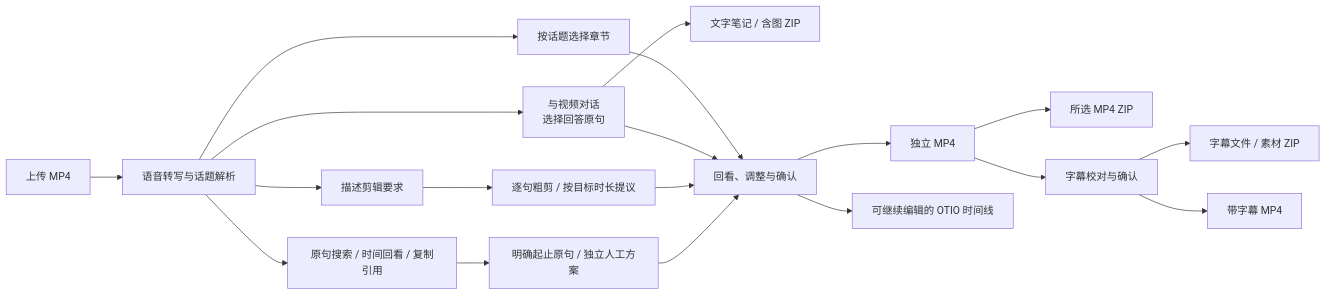
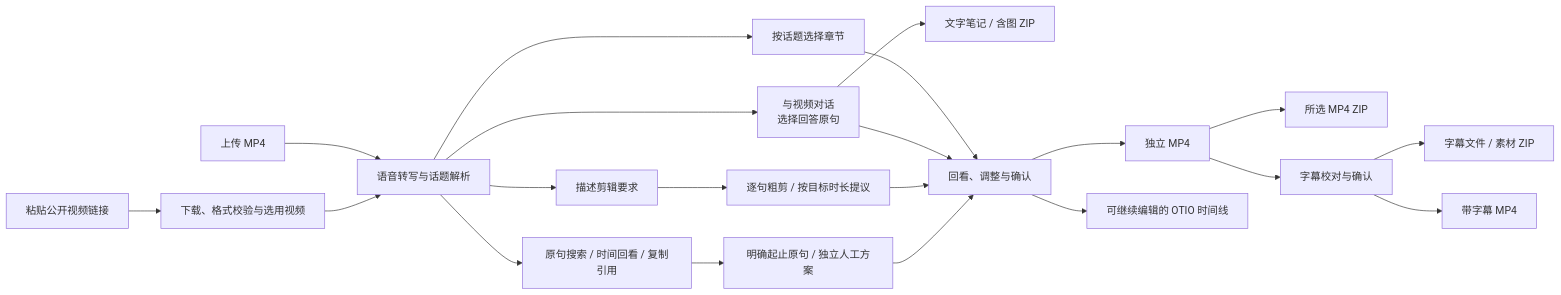
Before and after one commit to Lshiii/LiveCut-AI: the first of 2 diagrams in README.md, drawn with Mermaid. The commit also changed other lines of this file, not shown here.

````diff
--- a/README.md
+++ b/README.md
@@ -37,21 +37,23 @@
 ```mermaid
 flowchart LR
     A[上传 MP4] --> B[语音转写与话题解析]
+    L[粘贴公开视频链接] --> R[下载、格式校验与选用视频]
+    R --> B
     B --> C[按话题选择章节]
     B --> S[原句搜索 / 时间回看 / 复制引用]
     S --> M[明确起止原句 / 独立人工方案]
     B --> D["与视频对话<br/>选择回答原句"]
     D --> N[文字笔记 / 含图 ZIP]
     B --> E[描述剪辑要求]
     C --> F[回看、调整与确认]
     D --> F
     E --> P[逐句粗剪 / 按目标时长提议]
     P --> F
     M --> F
     F --> G[独立 MP4]
     F --> T[可继续编辑的 OTIO 时间线]
     G --> K[所选 MP4 ZIP]
     G --> H[字幕校对与确认]
     H --> I[字幕文件 / 素材 ZIP]
     H --> J[带字幕 MP4]
 ```
````
